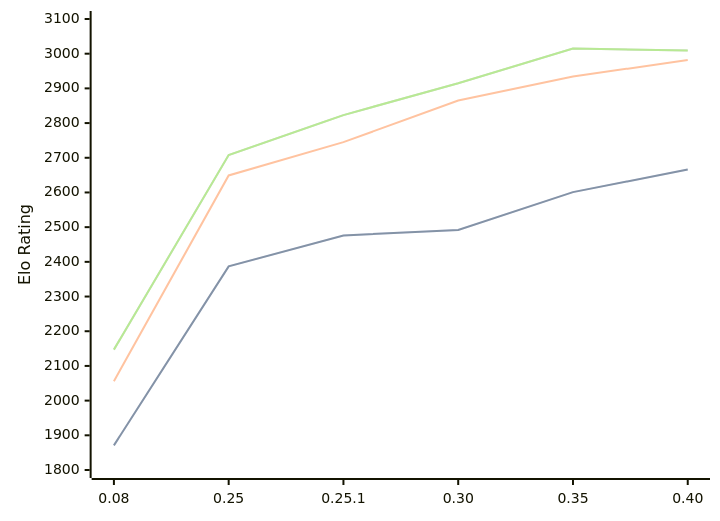
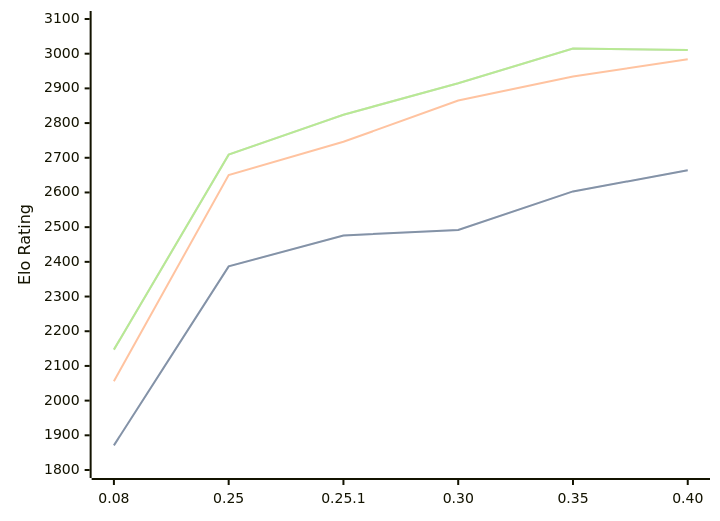
The first of 3 diagrams in engines/Gecko.md (computer-chess-index/cci), drawn with Mermaid before and after one commit. The commit also changed other lines of this file, not shown here.

Commit message:
Update CCI Ratings (ELO VLTC) - 2026-06-24

````diff
--- a/engines/Gecko.md
+++ b/engines/Gecko.md
@@ -36,11 +36,11 @@
 ```mermaid
 %%{init: {"theme":"base","themeVariables":{"seriesColors:['#a3a3a3','#222221','#faa371']}}}%%
 xychart-beta
   x-axis ["0.08", "0.25", "0.25.1", "0.30", "0.35", "0.40"]
   y-axis "Elo Rating" 1800 --> 3100
-  line "STC (8.0+0.08s)" [1871, 2387, 2476, 2492, 2601, 2666]
-  line "STC (8.0+0.08s)" [1871, 2387, 2476, 2492, 2601, 2666]
-  line "LTC (60.0+0.60s)" [2056, 2649, 2745, 2865, 2934, 2982]
-  line "VLTC (2m24s+1.12s)" [2147, 2708, 2823, 2915, 3015, 3009]
-  line "VLTC (2m24s+1.12s)" [2147, 2708, 2823, 2915, 3015, 3009]
+  line "STC (8.0+0.08s)" [1871, 2387, 2476, 2492, 2603, 2664]
+  line "STC (8.0+0.08s)" [1871, 2387, 2476, 2492, 2603, 2664]
+  line "LTC (60.0+0.60s)" [2056, 2650, 2746, 2865, 2934, 2984]
+  line "VLTC (2m24s+1.12s)" [2147, 2709, 2824, 2915, 3015, 3011]
+  line "VLTC (2m24s+1.12s)" [2147, 2709, 2824, 2915, 3015, 3011]
 ```
````
